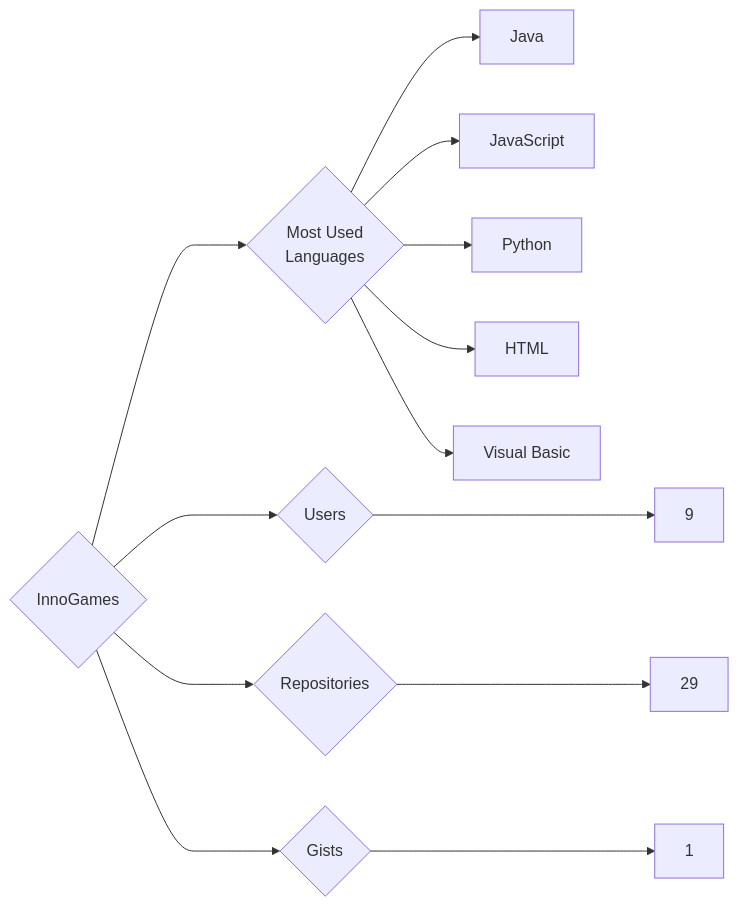
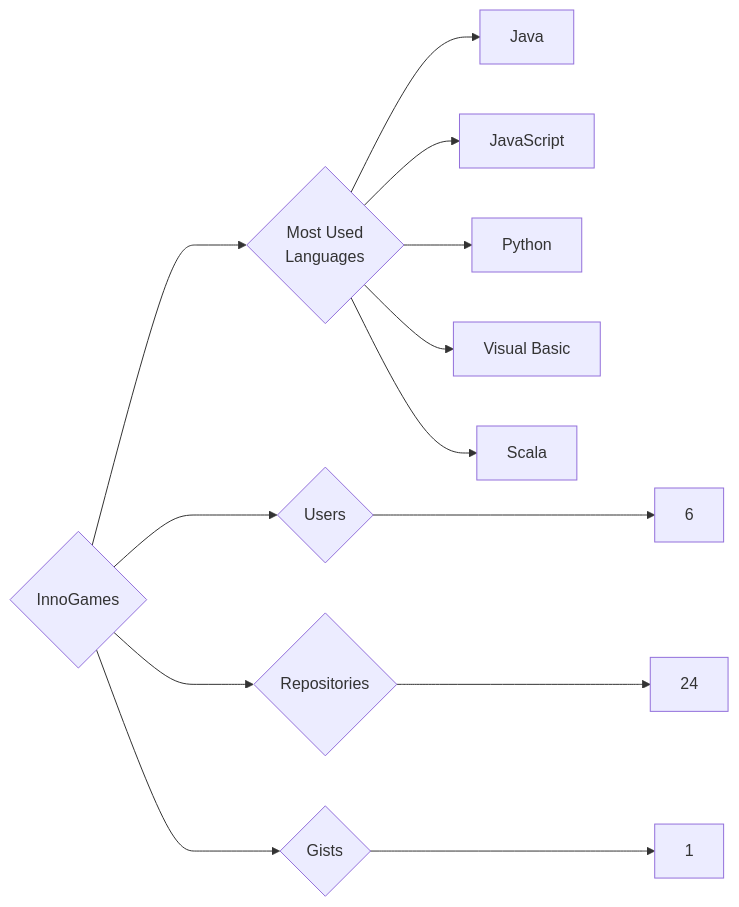
One commit to trickest/insiders changed the diagram in targets/InnoGames/README.md. Above: the diagram before and after it, drawn with Mermaid. The commit also changed 1084 other files, not shown here.

````diff
--- a/targets/InnoGames/README.md
+++ b/targets/InnoGames/README.md
@@ -3,13 +3,13 @@
 ```mermaid
 graph LR
 COMPANY_NAME{InnoGames}
-COMPANY_NAME ---> U{Users} ---> UN[9]
-COMPANY_NAME ---> R{Repositories} ---> RN[29]
+COMPANY_NAME ---> U{Users} ---> UN[6]
+COMPANY_NAME ---> R{Repositories} ---> RN[24]
 COMPANY_NAME ---> G{Gists} ---> GN[1]
 COMPANY_NAME ---> ML{Most Used<br>Languages}
 ML --> Java[Java]
 ML --> JavaScript[JavaScript]
 ML --> Python[Python]
-ML --> HTML[HTML]
 ML --> Visual_Basic[Visual Basic]
+ML --> Scala[Scala]
 ```
````
